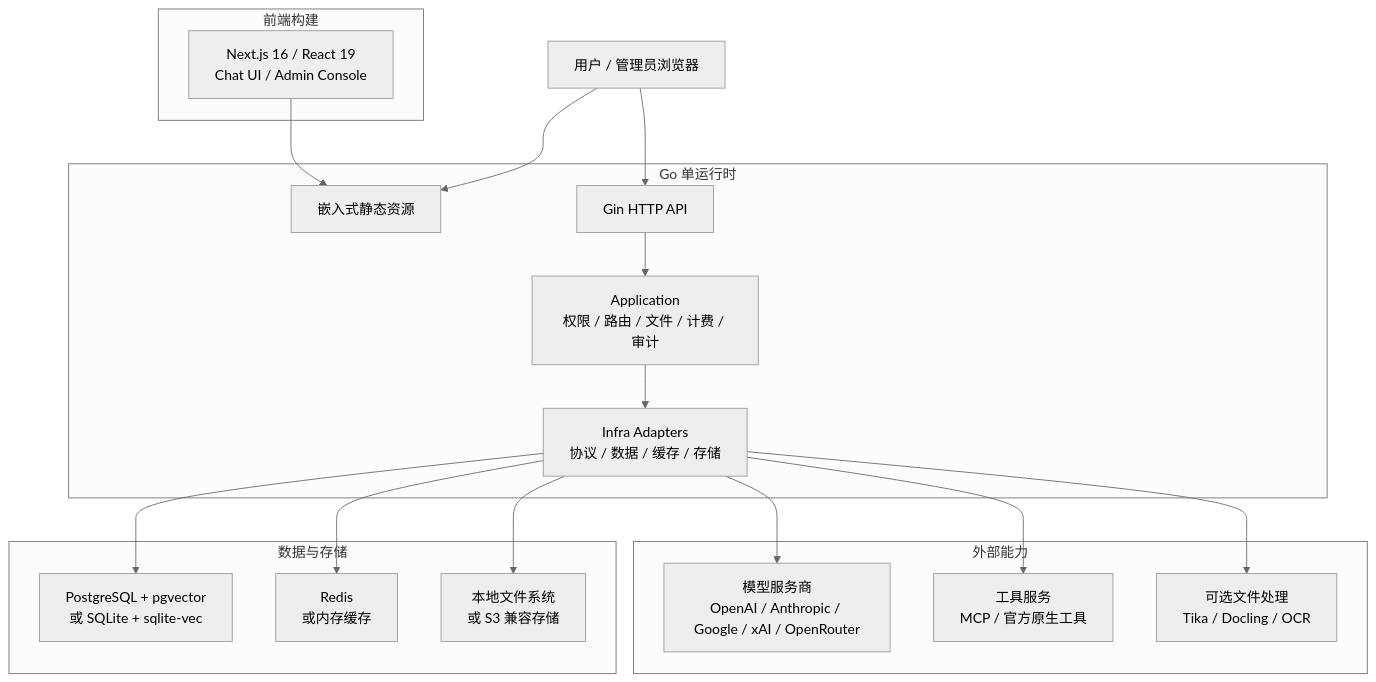
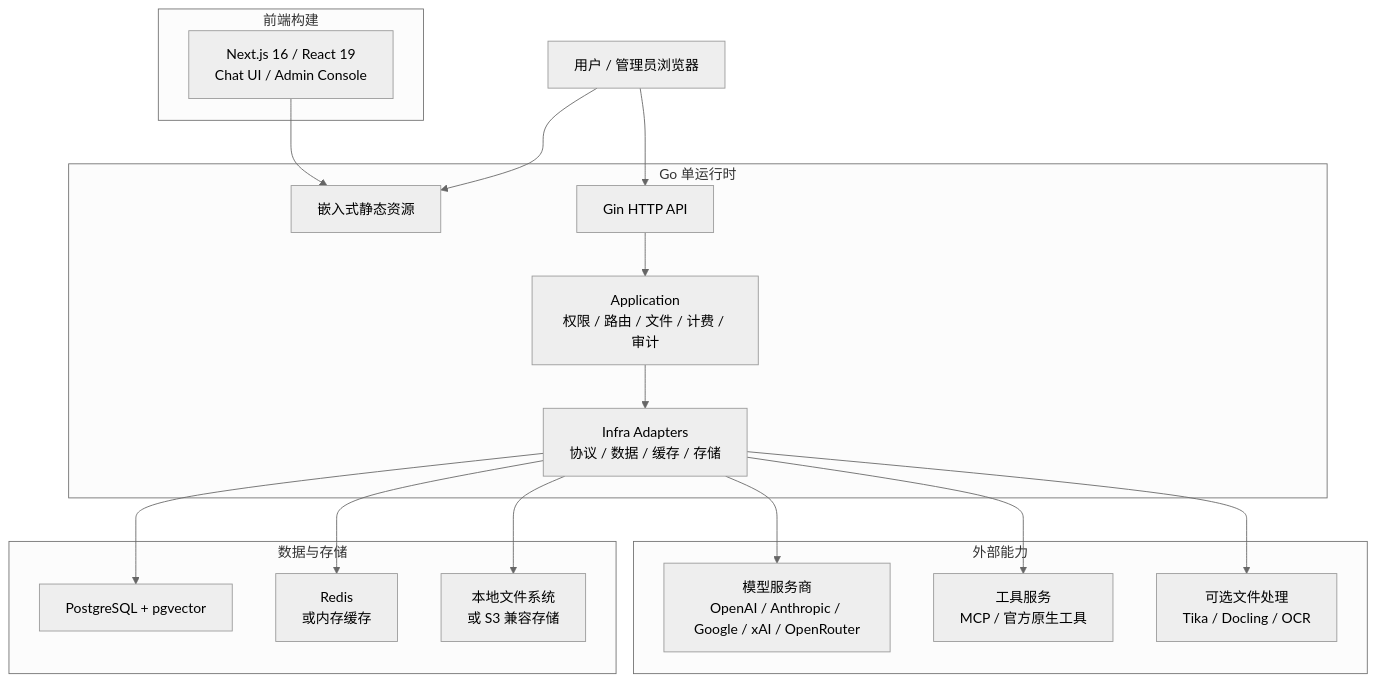
Before and after one commit to lieyanc/FireCortex: the diagram in docs/README.zh-CN.md, drawn with Mermaid (neutral theme). The commit also changed other lines of this file and 10 other files, not shown here.

````diff
--- a/docs/README.zh-CN.md
+++ b/docs/README.zh-CN.md
@@ -64,39 +66,39 @@
 ```mermaid
 flowchart TB
   Browser["用户 / 管理员浏览器"]
 
   subgraph Frontend["前端构建"]
     Web["Next.js 16 / React 19<br/>Chat UI / Admin Console"]
   end
 
   subgraph Backend["Go 单运行时"]
     Static["嵌入式静态资源"]
     HTTP["Gin HTTP API"]
     App["Application<br/>权限 / 路由 / 文件 / 计费 / 审计"]
     Infra["Infra Adapters<br/>协议 / 数据 / 缓存 / 存储"]
   end
 
   subgraph External["外部能力"]
     Providers["模型服务商<br/>OpenAI / Anthropic / Google / xAI / OpenRouter"]
     Tools["工具服务<br/>MCP / 官方原生工具"]
     Extractors["可选文件处理<br/>Tika / Docling / OCR"]
   end
 
   subgraph Data["数据与存储"]
-    DB["PostgreSQL + pgvector<br/>或 SQLite + sqlite-vec"]
+    DB["PostgreSQL + pgvector"]
     Cache["Redis<br/>或内存缓存"]
     Storage["本地文件系统<br/>或 S3 兼容存储"]
   end
 
   Web --> Static
   Browser --> Static
   Browser --> HTTP
   HTTP --> App
   App --> Infra
   Infra --> Providers
   Infra --> Tools
   Infra --> Extractors
   Infra --> DB
   Infra --> Cache
   Infra --> Storage
 ```
````
